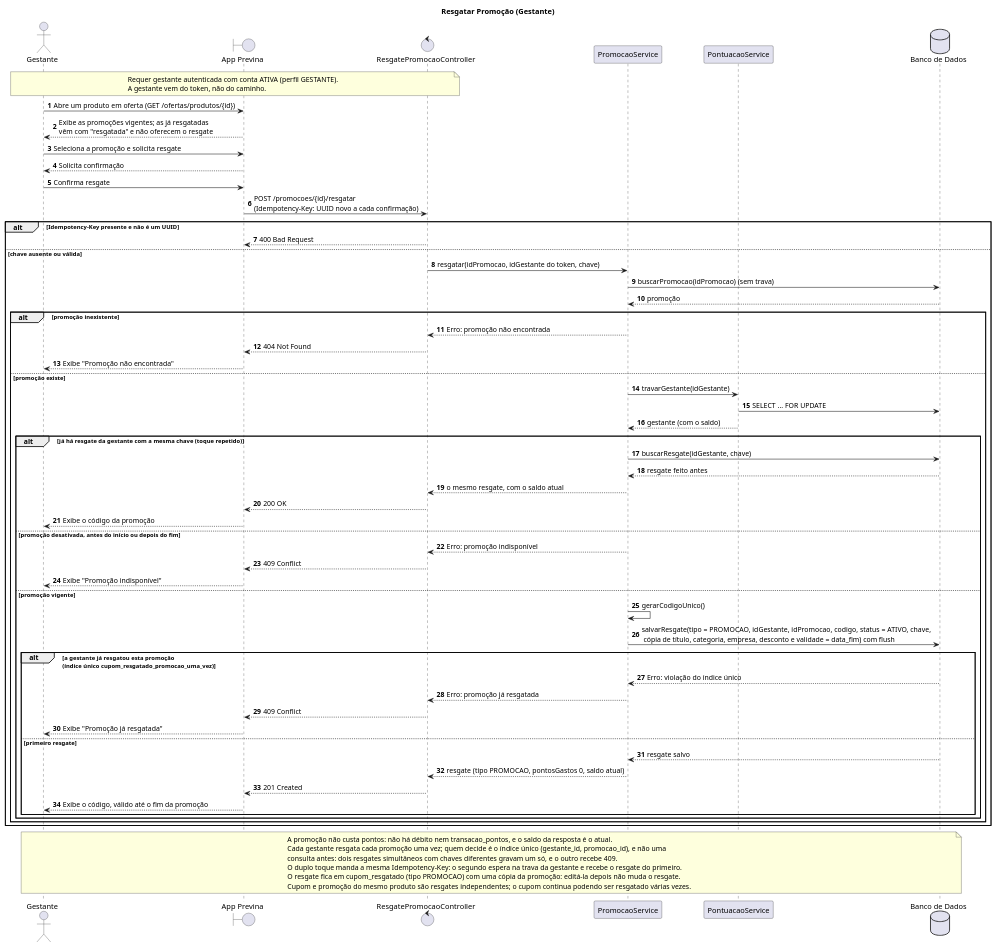
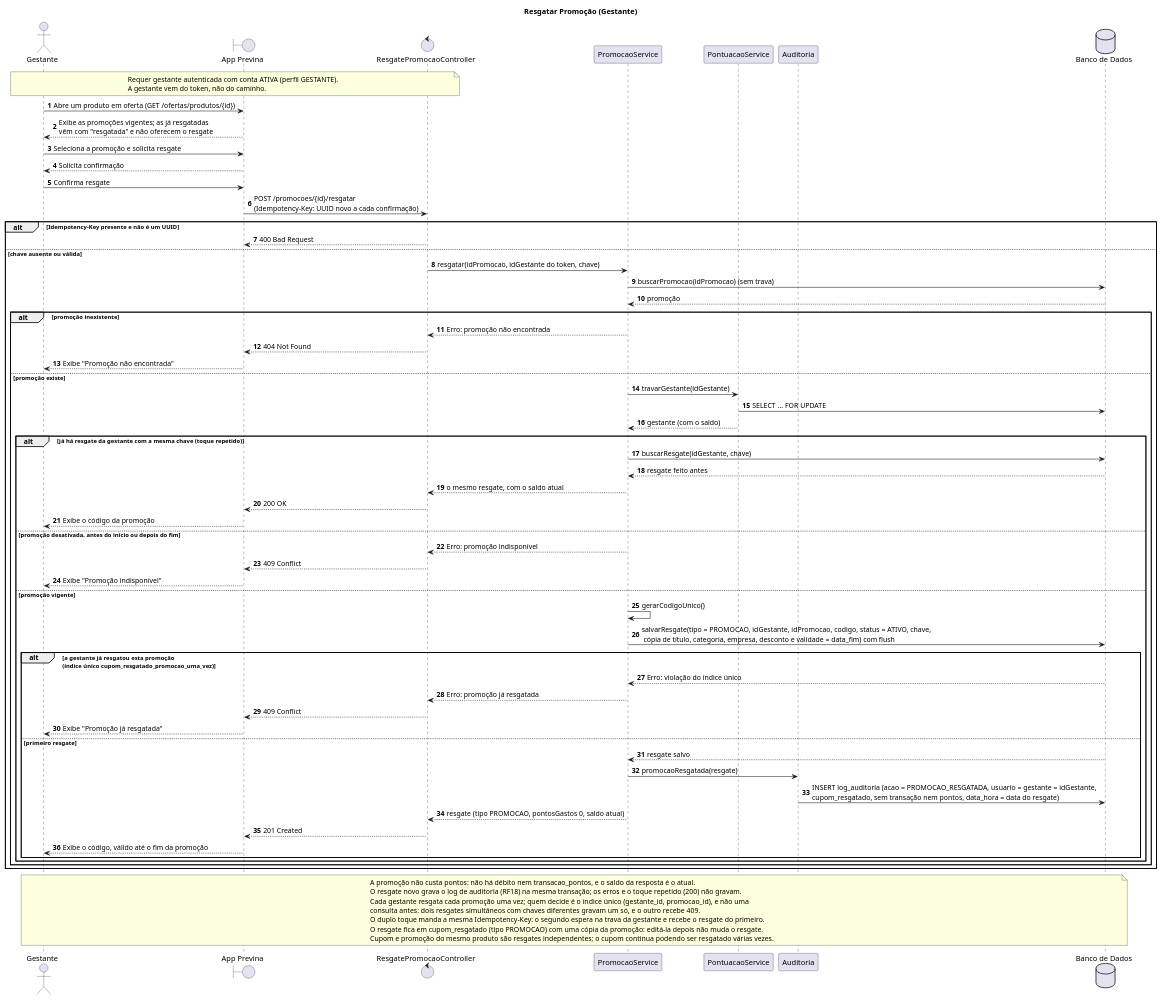
One commit to CozyShelf/previna-backend changed the diagram in docs/sequence-diagrams/resgatar-promocao/resgatar-promocao.puml. Above: the diagram before and after it, drawn with PlantUML. The commit also changed 17 other files, not shown here.

Commit message:
docs: log de auditoria no README, nos diagramas de sequência e no modelo lógico

```diff
--- a/docs/sequence-diagrams/resgatar-promocao/resgatar-promocao.puml
+++ b/docs/sequence-diagrams/resgatar-promocao/resgatar-promocao.puml
@@ -1,78 +1,82 @@
 @startuml resgatar-promocao
 title Resgatar Promoção (Gestante)
 autonumber
 
 actor "Gestante" as Gestante
 boundary "App Previna" as App
 control "ResgatePromocaoController" as Controller
 participant "PromocaoService" as Service
 participant "PontuacaoService" as Pontuacao
+participant "Auditoria" as Auditoria
 database "Banco de Dados" as BD
 
 note over Gestante, Controller
     Requer gestante autenticada com conta ATIVA (perfil GESTANTE).
     A gestante vem do token, não do caminho.
 end note
 
 Gestante -> App : Abre um produto em oferta (GET /ofertas/produtos/{id})
 App --> Gestante : Exibe as promoções vigentes; as já resgatadas\nvêm com "resgatada" e não oferecem o resgate
 Gestante -> App : Seleciona a promoção e solicita resgate
 App --> Gestante : Solicita confirmação
 Gestante -> App : Confirma resgate
 App -> Controller : POST /promocoes/{id}/resgatar\n(Idempotency-Key: UUID novo a cada confirmação)
 
 alt Idempotency-Key presente e não é um UUID
     Controller --> App : 400 Bad Request
 else chave ausente ou válida
     Controller -> Service : resgatar(idPromocao, idGestante do token, chave)
     Service -> BD : buscarPromocao(idPromocao) (sem trava)
     BD --> Service : promoção
 
     alt promoção inexistente
         Service --> Controller : Erro: promoção não encontrada
         Controller --> App : 404 Not Found
         App --> Gestante : Exibe "Promoção não encontrada"
     else promoção existe
         Service -> Pontuacao : travarGestante(idGestante)
         Pontuacao -> BD : SELECT ... FOR UPDATE
         Pontuacao --> Service : gestante (com o saldo)
 
         alt já há resgate da gestante com a mesma chave (toque repetido)
             Service -> BD : buscarResgate(idGestante, chave)
             BD --> Service : resgate feito antes
             Service --> Controller : o mesmo resgate, com o saldo atual
             Controller --> App : 200 OK
             App --> Gestante : Exibe o código da promoção
         else promoção desativada, antes do início ou depois do fim
             Service --> Controller : Erro: promoção indisponível
             Controller --> App : 409 Conflict
             App --> Gestante : Exibe "Promoção indisponível"
         else promoção vigente
             Service -> Service : gerarCodigoUnico()
             Service -> BD : salvarResgate(tipo = PROMOCAO, idGestante, idPromocao, codigo, status = ATIVO, chave,\n cópia de título, categoria, empresa, desconto e validade = data_fim) com flush
 
             alt a gestante já resgatou esta promoção\n(índice único cupom_resgatado_promocao_uma_vez)
                 BD --> Service : Erro: violação do índice único
                 Service --> Controller : Erro: promoção já resgatada
                 Controller --> App : 409 Conflict
                 App --> Gestante : Exibe "Promoção já resgatada"
             else primeiro resgate
                 BD --> Service : resgate salvo
+                Service -> Auditoria : promocaoResgatada(resgate)
+                Auditoria -> BD : INSERT log_auditoria (acao = PROMOCAO_RESGATADA, usuario = gestante = idGestante,\ncupom_resgatado, sem transação nem pontos, data_hora = data do resgate)
                 Service --> Controller : resgate (tipo PROMOCAO, pontosGastos 0, saldo atual)
                 Controller --> App : 201 Created
                 App --> Gestante : Exibe o código, válido até o fim da promoção
             end
         end
     end
 end
 
 note over Gestante, BD
     A promoção não custa pontos: não há débito nem transacao_pontos, e o saldo da resposta é o atual.
+    O resgate novo grava o log de auditoria (RF18) na mesma transação; os erros e o toque repetido (200) não gravam.
     Cada gestante resgata cada promoção uma vez; quem decide é o índice único (gestante_id, promocao_id), e não uma
     consulta antes: dois resgates simultâneos com chaves diferentes gravam um só, e o outro recebe 409.
     O duplo toque manda a mesma Idempotency-Key: o segundo espera na trava da gestante e recebe o resgate do primeiro.
     O resgate fica em cupom_resgatado (tipo PROMOCAO) com uma cópia da promoção: editá-la depois não muda o resgate.
     Cupom e promoção do mesmo produto são resgates independentes; o cupom continua podendo ser resgatado várias vezes.
 end note
 
 @enduml
```
